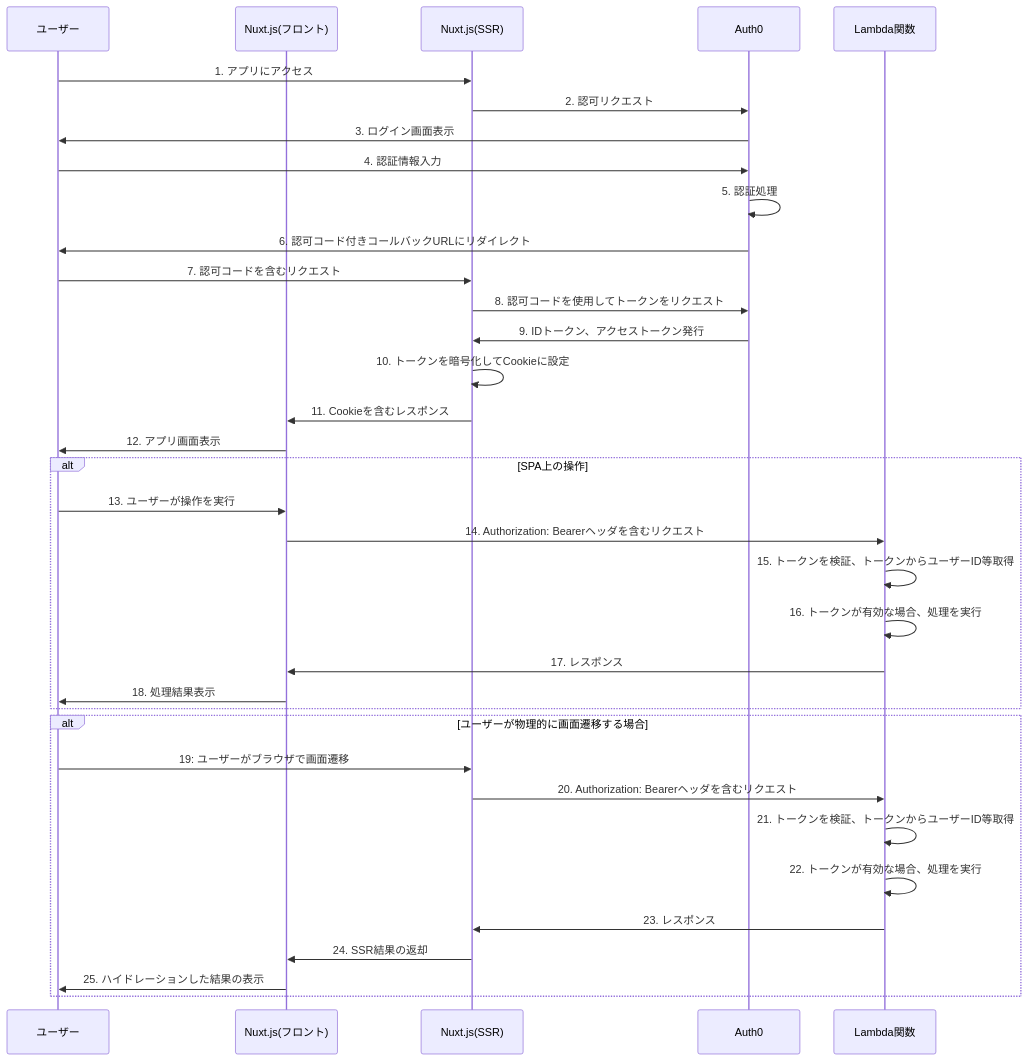
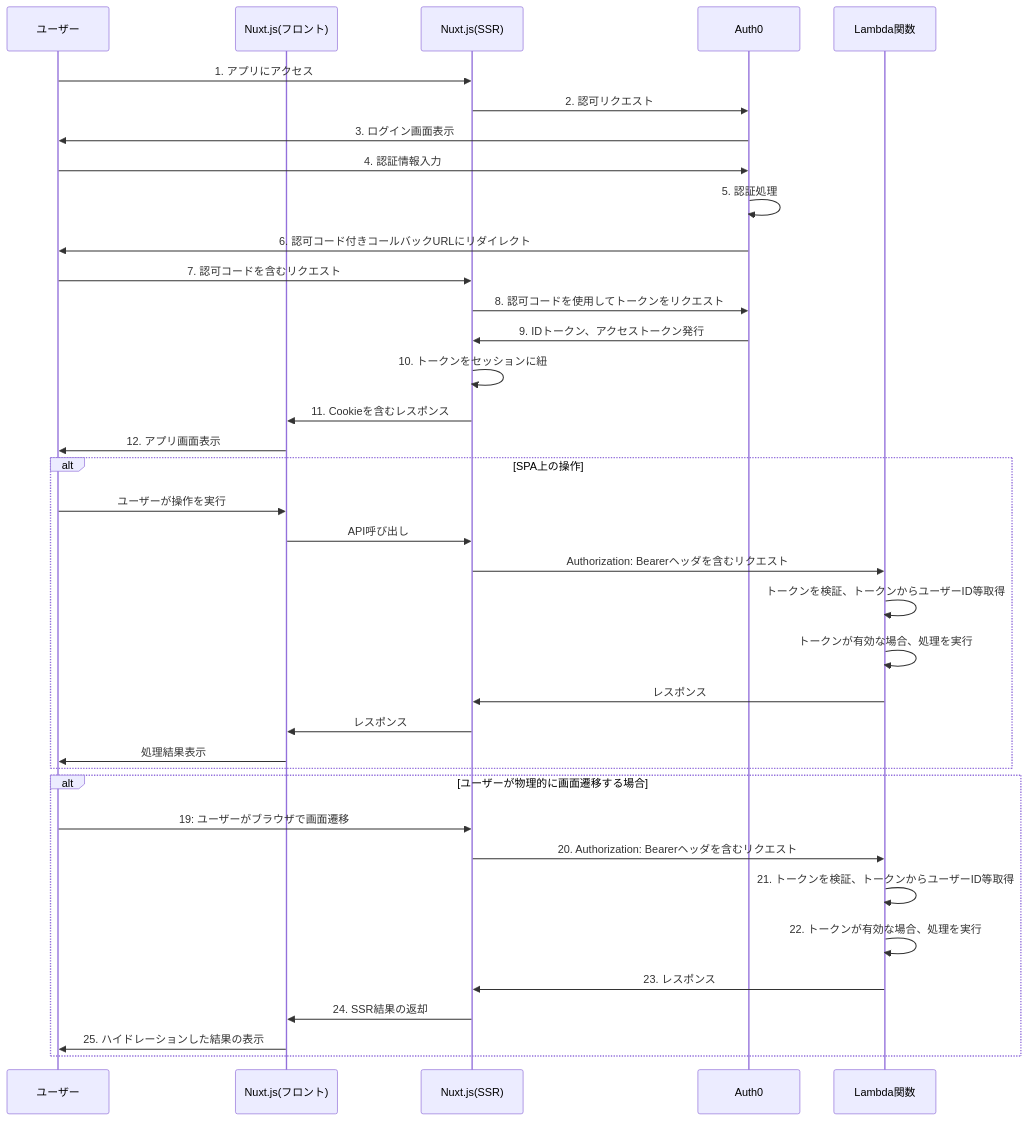
The diagram in docs/auth0-diagram.md (tri-star/chase-light), drawn with Mermaid before and after one commit. The commit also changed 3 other files, not shown here.

````diff
--- a/docs/auth0-diagram.md
+++ b/docs/auth0-diagram.md
@@ -1,38 +1,40 @@
 ```mermaid
 sequenceDiagram
     participant User as ユーザー
     participant Front as Nuxt.js(フロント)
     participant Server as Nuxt.js(SSR)
     participant Auth0 as Auth0
     participant Lambda as Lambda関数
 
     User->>Server: 1. アプリにアクセス
     Server->>Auth0: 2. 認可リクエスト
     Auth0->>User: 3. ログイン画面表示
     User->>Auth0: 4. 認証情報入力
     Auth0->>Auth0: 5. 認証処理
     Auth0->>User: 6. 認可コード付きコールバックURLにリダイレクト
     User->>Server: 7. 認可コードを含むリクエスト
     Server->>Auth0: 8. 認可コードを使用してトークンをリクエスト
     Auth0->>Server: 9. IDトークン、アクセストークン発行
-    Server->>Server: 10. トークンを暗号化してCookieに設定
+    Server->>Server: 10. トークンをセッションに紐
     Server->>Front: 11. Cookieを含むレスポンス
     Front->>User: 12. アプリ画面表示
     alt SPA上の操作
-        User->>Front: 13. ユーザーが操作を実行
-        Front->>Lambda: 14. Authorization: Bearerヘッダを含むリクエスト
-        Lambda->>Lambda: 15. トークンを検証、トークンからユーザーID等取得
-        Lambda->>Lambda: 16. トークンが有効な場合、処理を実行
-        Lambda->>Front: 17. レスポンス
-        Front->>User: 18. 処理結果表示
+        User->>Front: ユーザーが操作を実行
+        Front->>Server: API呼び出し
+        Server->>Lambda: Authorization: Bearerヘッダを含むリクエスト
+        Lambda->>Lambda: トークンを検証、トークンからユーザーID等取得
+        Lambda->>Lambda: トークンが有効な場合、処理を実行
+        Lambda->>Server: レスポンス
+        Server->>Front: レスポンス
+        Front->>User: 処理結果表示
     end
     alt ユーザーが物理的に画面遷移する場合
         User->>Server: 19: ユーザーがブラウザで画面遷移
         Server->>Lambda: 20. Authorization: Bearerヘッダを含むリクエスト
         Lambda->>Lambda: 21. トークンを検証、トークンからユーザーID等取得
         Lambda->>Lambda: 22. トークンが有効な場合、処理を実行
         Lambda->>Server: 23. レスポンス
         Server->>Front: 24. SSR結果の返却
         Front->>User: 25. ハイドレーションした結果の表示
     end
 ```
````
